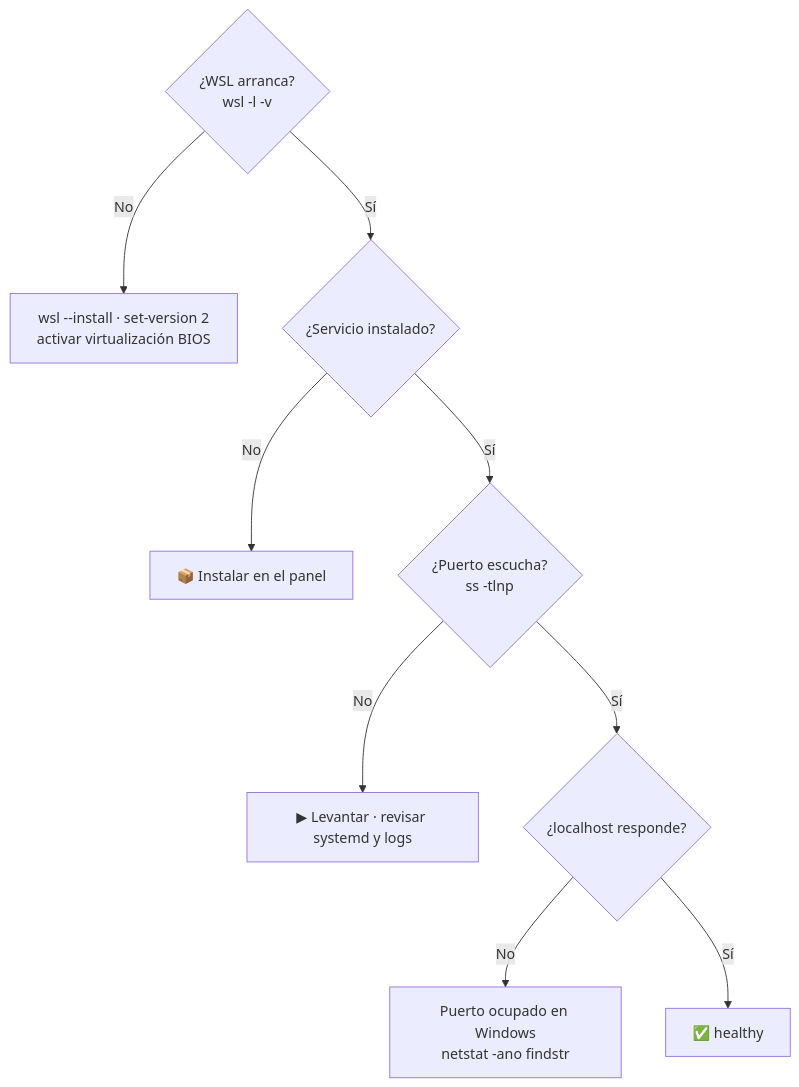
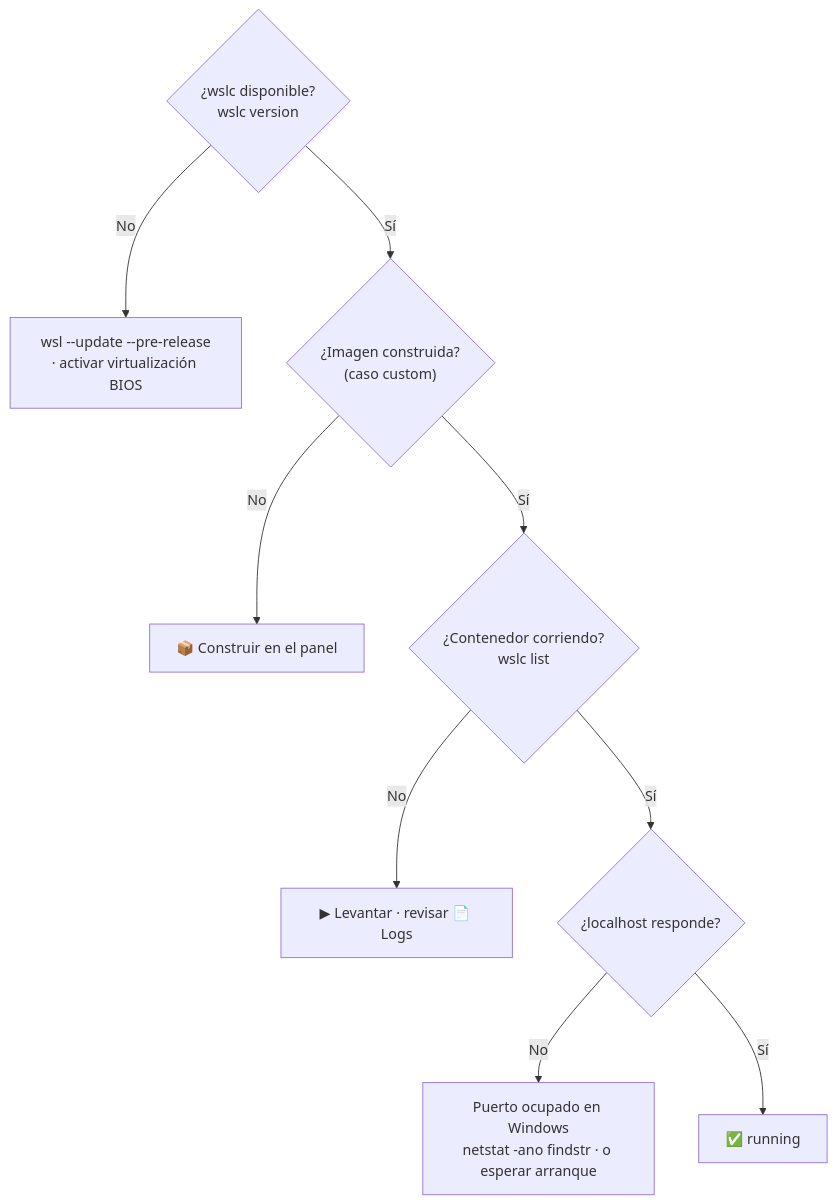
The diagram in docs/TROUBLESHOOTING.md (vladimiracunadev-create/wsl-labs), drawn with Mermaid before and after one commit. The commit also changed other lines of this file and 90 other files, not shown here.

````diff
--- a/docs/TROUBLESHOOTING.md
+++ b/docs/TROUBLESHOOTING.md
@@ -11,12 +11,12 @@
 ```mermaid
 flowchart TD
-    Q1{"¿WSL arranca?<br/>wsl -l -v"}
-    Q1 -->|No| S1["wsl --install · set-version 2<br/>activar virtualización BIOS"]
-    Q1 -->|Sí| Q2{"¿Servicio instalado?"}
-    Q2 -->|No| S2["📦 Instalar en el panel"]
-    Q2 -->|Sí| Q3{"¿Puerto escucha?<br/>ss -tlnp"}
-    Q3 -->|No| S3["▶ Levantar · revisar systemd y logs"]
+    Q1{"¿wslc disponible?<br/>wslc version"}
+    Q1 -->|No| S1["wsl --update --pre-release<br/>· activar virtualización BIOS"]
+    Q1 -->|Sí| Q2{"¿Imagen construida?<br/>(caso custom)"}
+    Q2 -->|No| S2["📦 Construir en el panel"]
+    Q2 -->|Sí| Q3{"¿Contenedor corriendo?<br/>wslc list"}
+    Q3 -->|No| S3["▶ Levantar · revisar 📄 Logs"]
     Q3 -->|Sí| Q4{"¿localhost responde?"}
-    Q4 -->|No| S4["Puerto ocupado en Windows<br/>netstat -ano findstr"]
-    Q4 -->|Sí| OK["✅ healthy"]
+    Q4 -->|No| S4["Puerto ocupado en Windows<br/>netstat -ano findstr · o esperar arranque"]
+    Q4 -->|Sí| OK["✅ running"]
 ```
````
